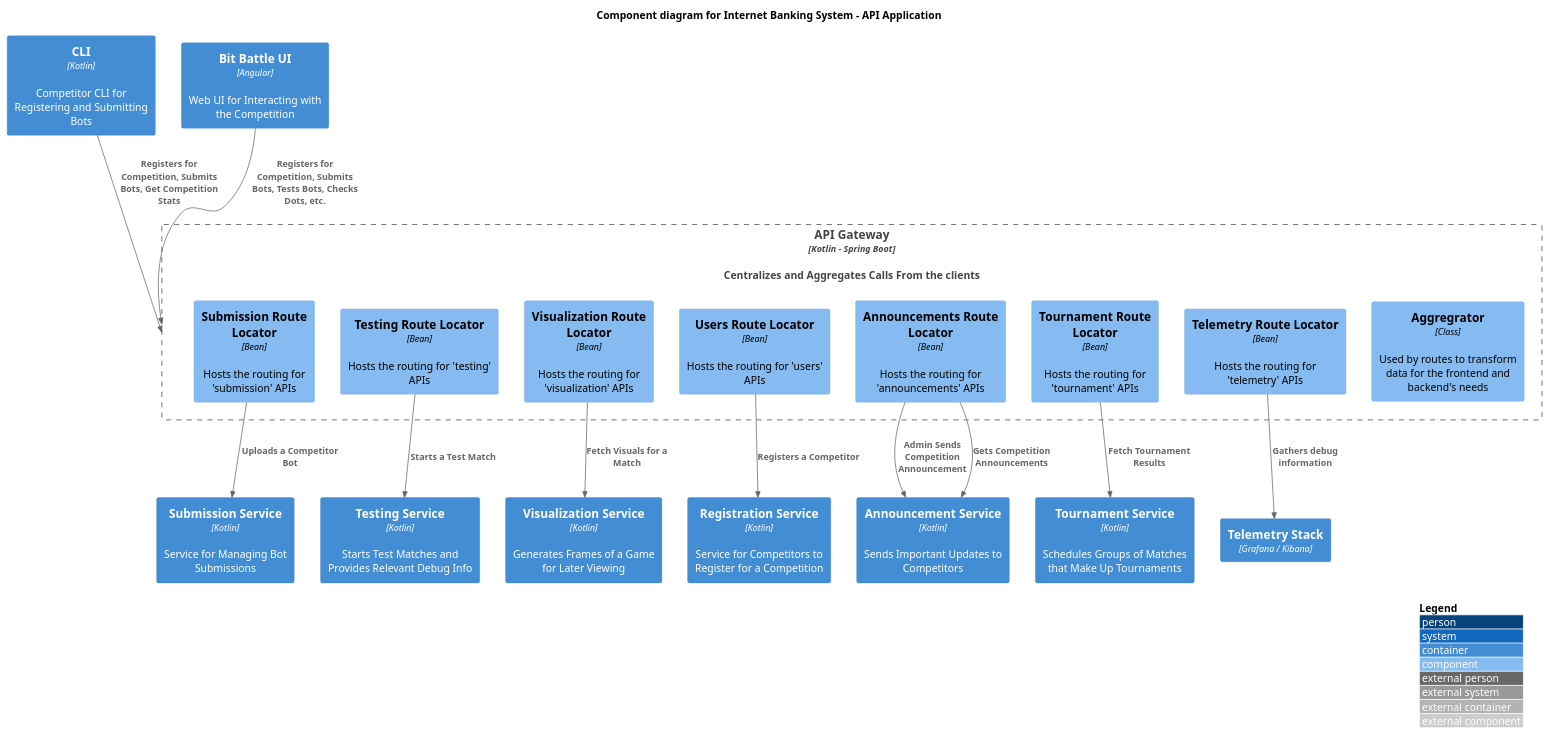
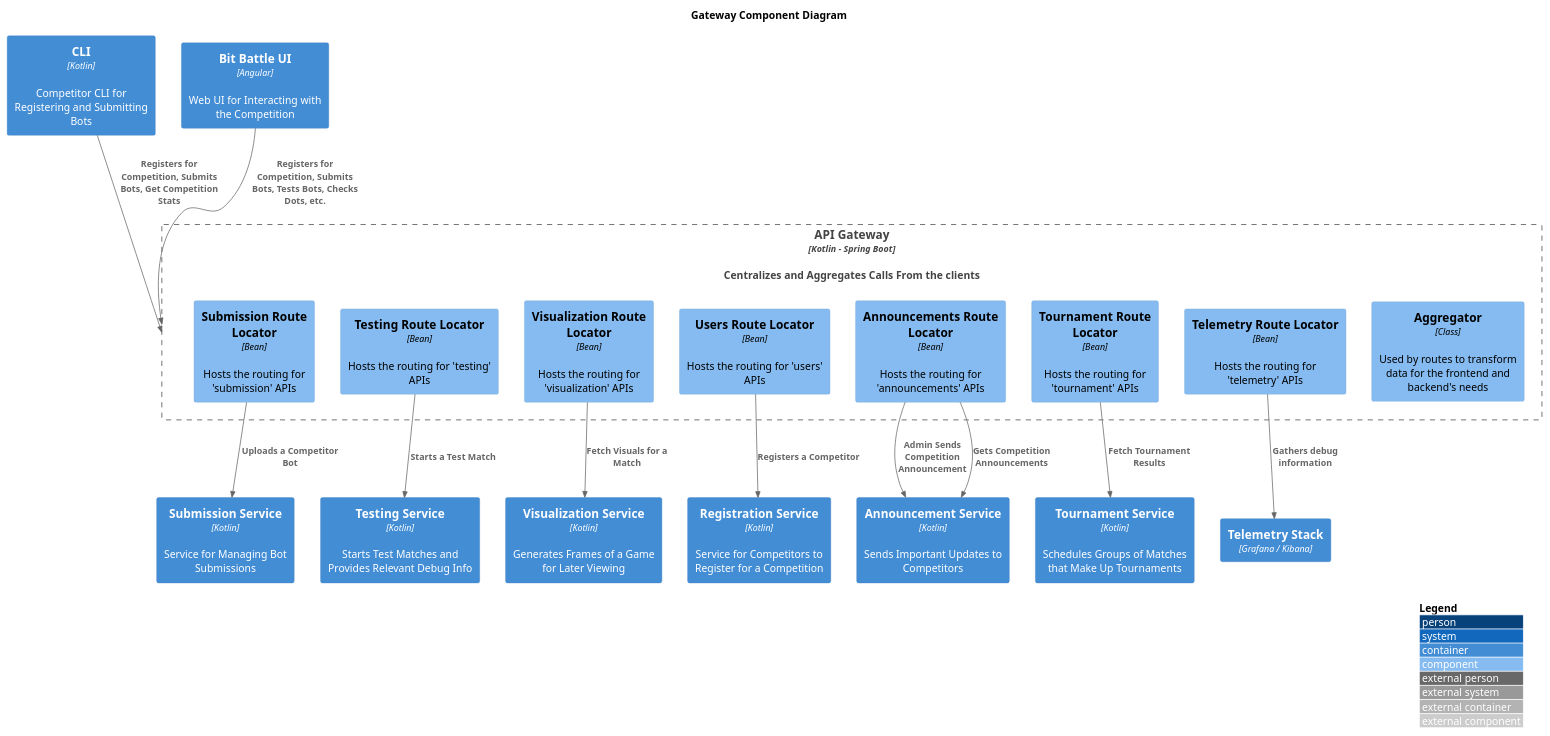
One commit to JeanAEckelberg/BitBattle changed the diagram in Design/C4 Diagrams/GatewayComponent/component.md. Above: the diagram before and after it, drawn with PlantUML. The commit also changed 1 other file, not shown here.

Commit message:
feat: fixed up title and aggregator spelling

````diff
--- a/Design/C4 Diagrams/GatewayComponent/component.md
+++ b/Design/C4 Diagrams/GatewayComponent/component.md
@@ -1,45 +1,45 @@
 ```plantuml
 @startuml gateway component diagram
 !include https://raw.githubusercontent.com/plantuml-stdlib/C4-PlantUML/master/C4_Component.puml
 ' uncomment the following line and comment the first to use locally
 ' !include C4_Component.puml
 
 LAYOUT_WITH_LEGEND()
 
-title Component diagram for Internet Banking System - API Application
+title Gateway Component Diagram
 
 Container(cli, "CLI", "Kotlin", "Competitor CLI for Registering and Submitting Bots")
 Container(bit_battle_ui, "Bit Battle UI", "Angular", "Web UI for Interacting with the Competition")
 Container(telemetry_stack, "Telemetry Stack", "Grafana / Kibana")
 Container(submission_service, "Submission Service", "Kotlin", "Service for Managing Bot Submissions")
 Container(registration_service, "Registration Service", "Kotlin", "Service for Competitors to Register for a Competition")
 Container(visualization_service, "Visualization Service", "Kotlin", "Generates Frames of a Game for Later Viewing")
 Container(tournament_service, "Tournament Service", "Kotlin", "Schedules Groups of Matches that Make Up Tournaments")
 Container(announcement_service, "Announcement Service", "Kotlin", "Sends Important Updates to Competitors")
 Container(testing_service, "Testing Service", "Kotlin", "Starts Test Matches and Provides Relevant Debug Info")
 Container(api_gateway, "API Gateway", "Kotlin - Spring Boot", "Centralizes and Aggregates Calls From the clients")
 
 Container_Boundary(api_gateway, "API Gateway") {
-    Component(aggregrator, "Aggregrator", "Class", "Used by routes to transform data for the frontend and backend's needs")
+    Component(aggregator, "Aggregator", "Class", "Used by routes to transform data for the frontend and backend's needs")
     Component(submission_route_locator, "Submission Route Locator", "Bean", "Hosts the routing for 'submission' APIs")
     Component(testing_route_locator, "Testing Route Locator", "Bean", "Hosts the routing for 'testing' APIs")
     Component(visualization_route_locator, "Visualization Route Locator", "Bean", "Hosts the routing for 'visualization' APIs")
     Component(users_route_locator, "Users Route Locator", "Bean", "Hosts the routing for 'users' APIs")
     Component(announcements_route_locator, "Announcements Route Locator", "Bean", "Hosts the routing for 'announcements' APIs")
     Component(tournament_route_locator, "Tournament Route Locator", "Bean", "Hosts the routing for 'tournament' APIs")
     Component(telemetry_route_locator, "Telemetry Route Locator", "Bean", "Hosts the routing for 'telemetry' APIs")
 }
 
 Rel(cli, api_gateway, "Registers for Competition, Submits Bots, Get Competition Stats")
 Rel(bit_battle_ui, api_gateway, "Registers for Competition, Submits Bots, Tests Bots, Checks Dots, etc.")
 
 Rel(telemetry_route_locator, telemetry_stack, "Gathers debug information")
 Rel(users_route_locator, registration_service, "Registers a Competitor")
 Rel(submission_route_locator, submission_service, "Uploads a Competitor Bot")
 Rel(testing_route_locator, testing_service, "Starts a Test Match")
 Rel(announcements_route_locator, announcement_service, "Admin Sends Competition Announcement")
 Rel(announcements_route_locator, announcement_service, "Gets Competition Announcements")
 Rel(visualization_route_locator, visualization_service, "Fetch Visuals for a Match")
 Rel(tournament_route_locator, tournament_service, "Fetch Tournament Results")
 @enduml
 ```
````
